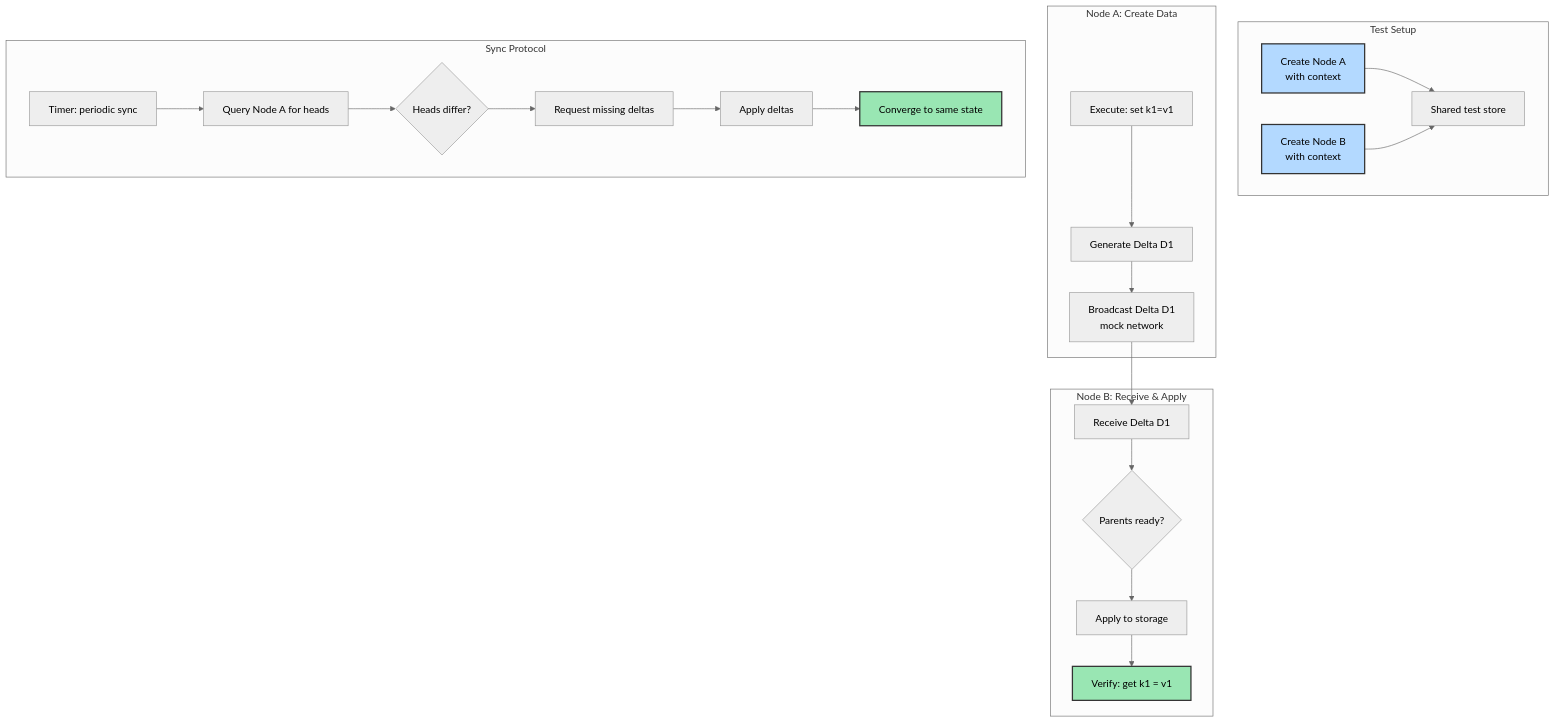
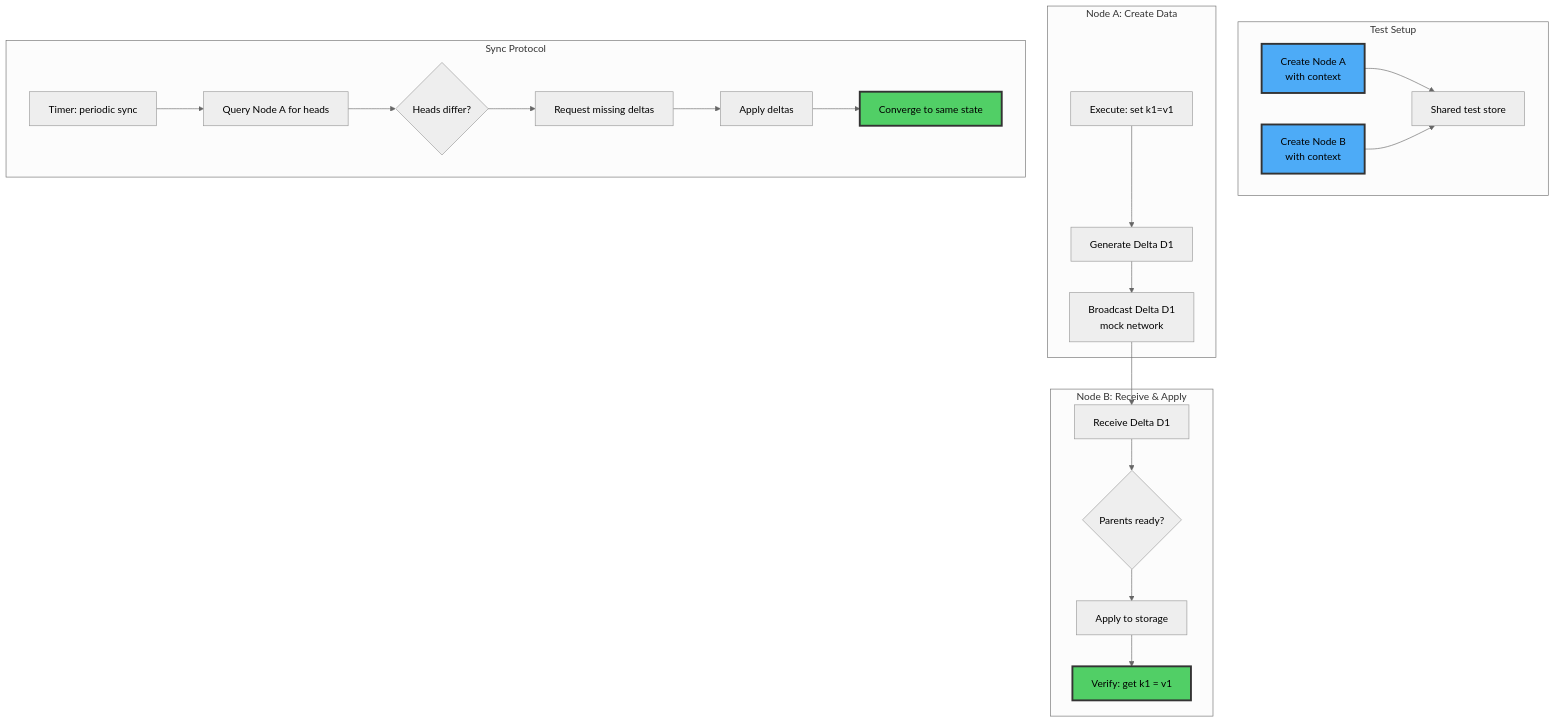
The fifth of 5 diagrams in crates/node/README.md (calimero-network/core), drawn with Mermaid (neutral theme) before and after one commit. The commit also changed other lines of this file and 3 other files, not shown here.

First line of the commit message:
docs: improve mermaid diagram accessibility with high-contrast colors

````diff
--- a/crates/node/README.md
+++ b/crates/node/README.md
@@ -465,43 +465,43 @@
 ```mermaid
 graph TB
     subgraph "Test Setup"
         N1[Create Node A<br/>with context]
         N2[Create Node B<br/>with context]
         
         N1 --> S[Shared test store]
         N2 --> S
     end
     
     subgraph "Node A: Create Data"
         E1[Execute: set k1=v1]
         D1[Generate Delta D1]
         B1[Broadcast Delta D1<br/>mock network]
         
         E1 --> D1 --> B1
     end
     
     subgraph "Node B: Receive & Apply"
         R1[Receive Delta D1]
         C1{Parents ready?}
         A1[Apply to storage]
         V1[Verify: get k1 = v1]
         
         B1 --> R1 --> C1 --> A1 --> V1
     end
     
     subgraph "Sync Protocol"
         T1[Timer: periodic sync]
         Q1[Query Node A for heads]
         C2{Heads differ?}
         S1[Request missing deltas]
         S2[Apply deltas]
         S3[Converge to same state]
         
         T1 --> Q1 --> C2 --> S1 --> S2 --> S3
     end
     
-    style N1 fill:#b3d9ff,stroke:#333,stroke-width:2px,color:#000
-    style N2 fill:#b3d9ff,stroke:#333,stroke-width:2px,color:#000
-    style V1 fill:#99e6b3,stroke:#333,stroke-width:2px,color:#000
-    style S3 fill:#99e6b3,stroke:#333,stroke-width:2px,color:#000
+    style N1 fill:#4DABF7,stroke:#333,stroke-width:3px,color:#000
+    style N2 fill:#4DABF7,stroke:#333,stroke-width:3px,color:#000
+    style V1 fill:#51CF66,stroke:#333,stroke-width:3px,color:#000
+    style S3 fill:#51CF66,stroke:#333,stroke-width:3px,color:#000
 ```
````
